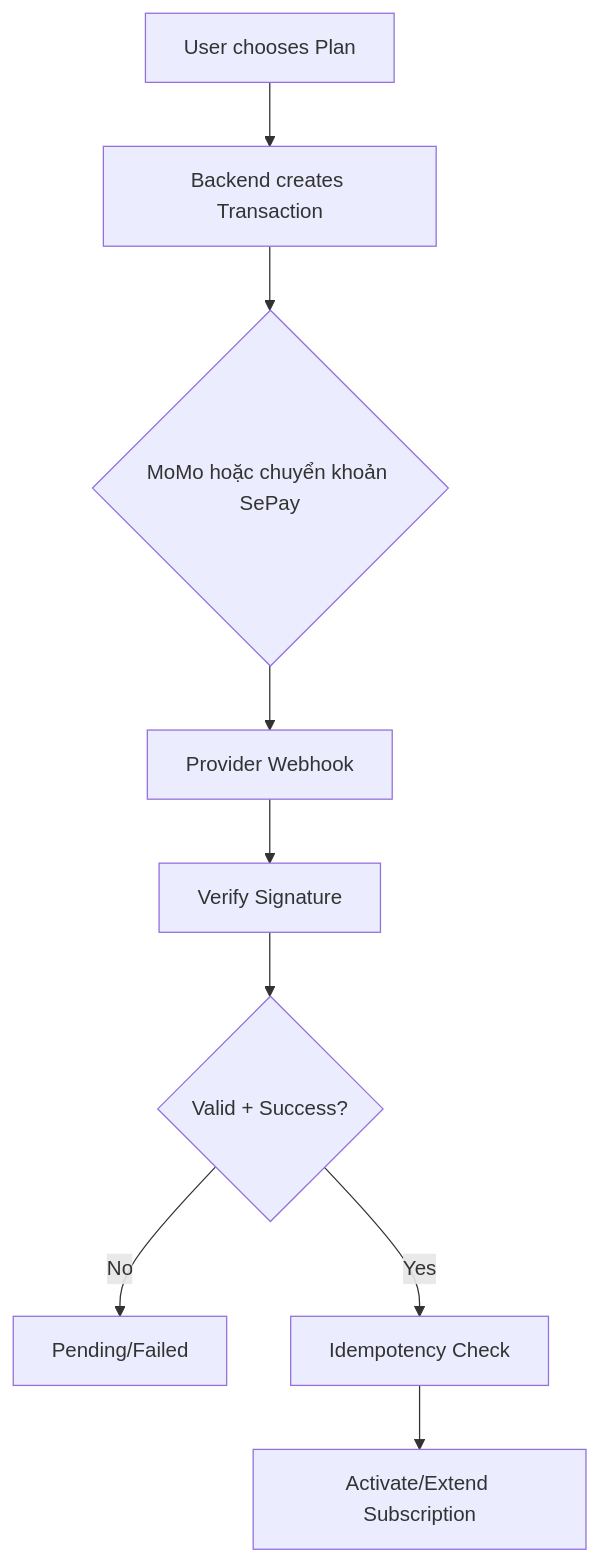
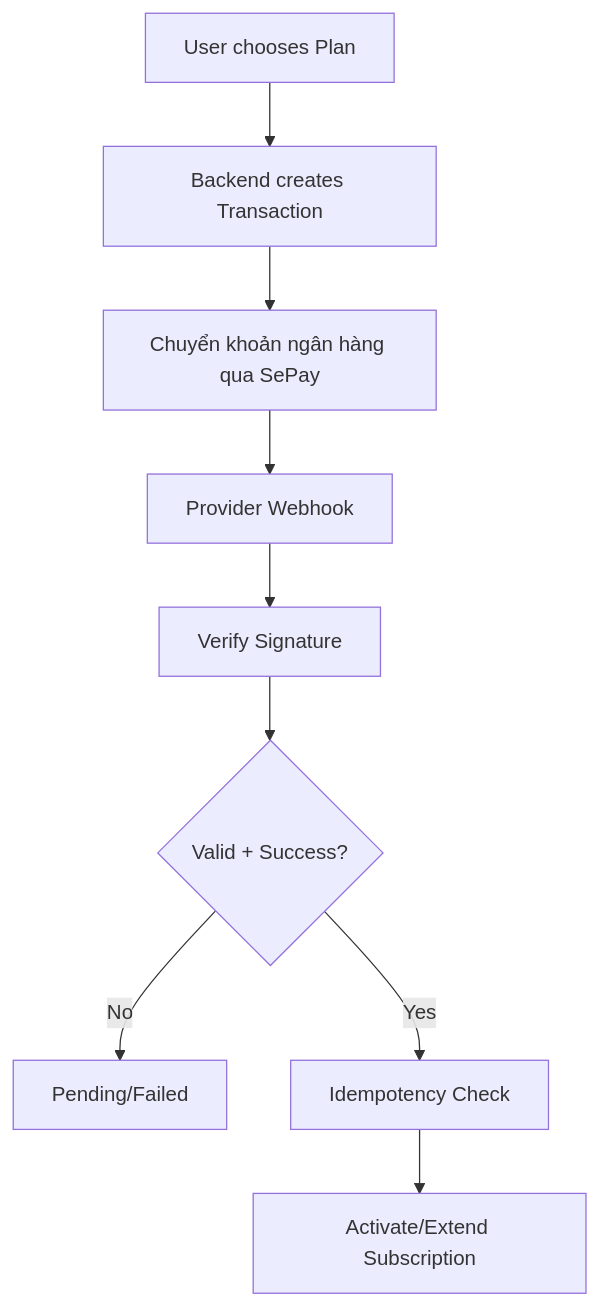
Before and after one commit to DuyLinh0212/Planora: diagram 14 of 16 in docs/docs/WORKFLOWS.md, drawn with Mermaid. The commit also changed 28 other files, not shown here.

````diff
--- a/docs/docs/WORKFLOWS.md
+++ b/docs/docs/WORKFLOWS.md
@@ -187,11 +187,11 @@
 ```mermaid
 flowchart TD
   A[User chooses Plan] --> B[Backend creates Transaction]
-  B --> C{MoMo hoặc chuyển khoản SePay}
+  B --> C[Chuyển khoản ngân hàng qua SePay]
   C --> D[Provider Webhook]
   D --> E[Verify Signature]
   E --> F{Valid + Success?}
   F -->|No| G[Pending/Failed]
   F -->|Yes| H[Idempotency Check]
   H --> I[Activate/Extend Subscription]
 ```
````
